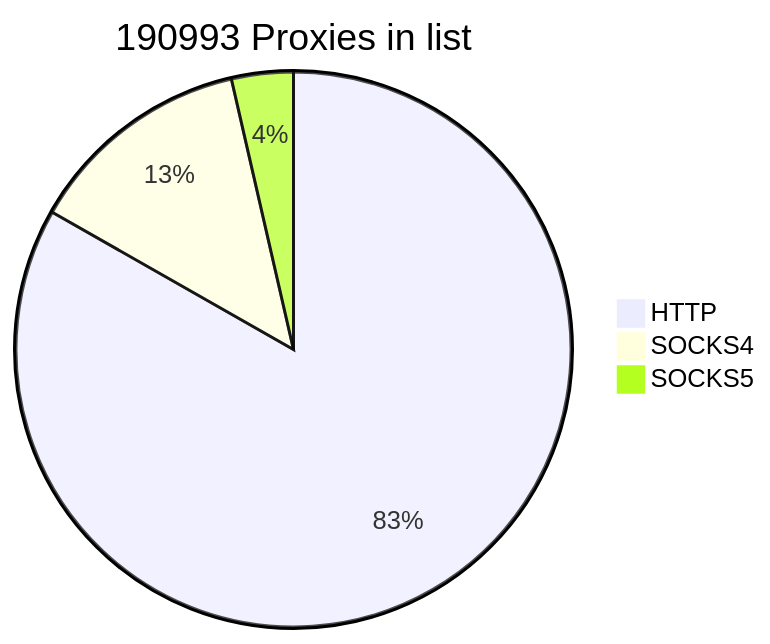
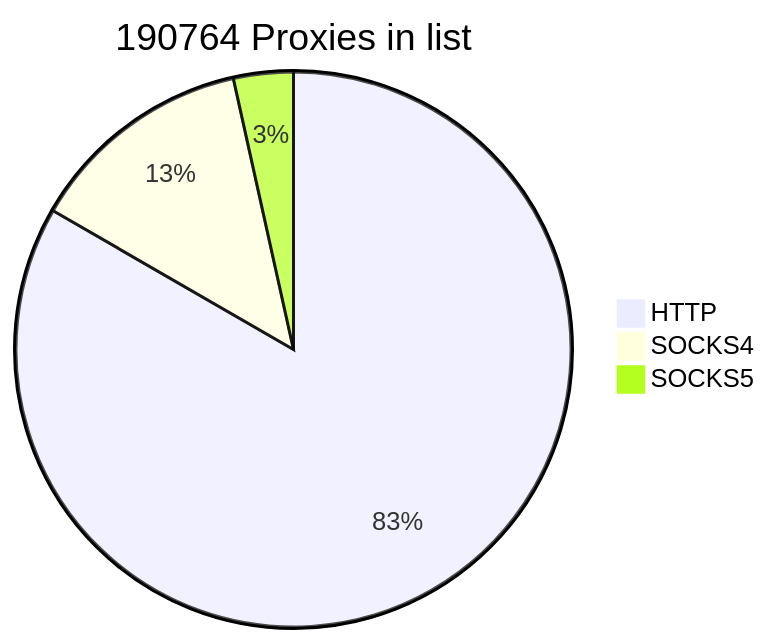
Before and after one commit to cutipu/proxylist: the first of 2 diagrams in README.md, drawn with Mermaid. The commit also changed other lines of this file, not shown here.

````diff
--- a/README.md
+++ b/README.md
@@ -2,7 +2,7 @@
 ```mermaid
-pie title 190993 Proxies in list
+pie title 190764 Proxies in list
     "HTTP" : 158972
-    "SOCKS4" : 25162
-    "SOCKS5" : 6859
+    "SOCKS4" : 25160
+    "SOCKS5" : 6632
             
 ```
````
